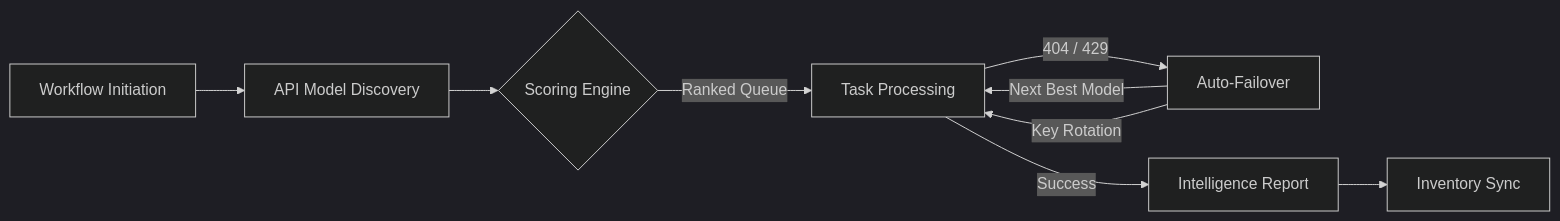
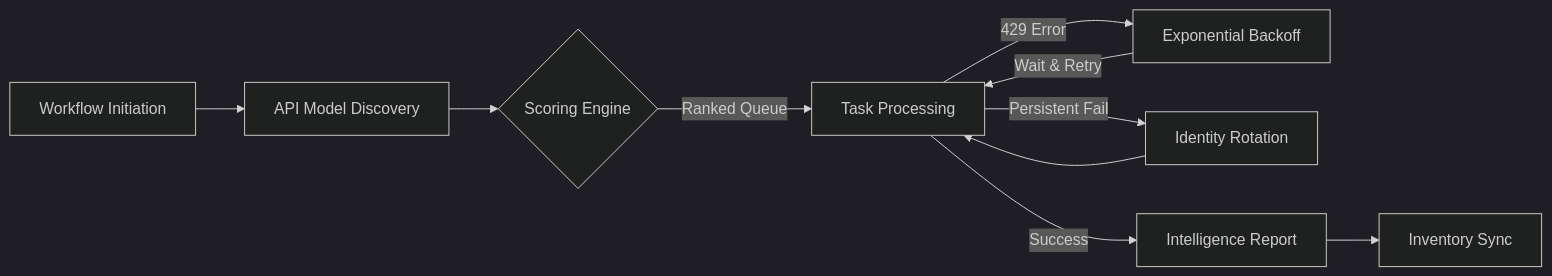
One commit to nubenetes/awesome-kubernetes changed the fourth of 7 diagrams in README.md. Above: the diagram before and after it, drawn with Mermaid (dark theme). The commit also changed other lines of this file, not shown here.

Commit message:
docs: detail AI rate limiting, concurrency guards, and performance-first key infrastructure

````diff
--- a/README.md
+++ b/README.md
@@ -239,11 +241,12 @@
 ```mermaid
 graph LR
     A[Workflow Initiation] --> B[API Model Discovery]
     B --> C{Scoring Engine}
     C -->|Ranked Queue| D[Task Processing]
-    D -->|404 / 429| E[Auto-Failover]
-    E -->|Next Best Model| D
-    E -->|Key Rotation| D
-    D -->|Success| F[Intelligence Report]
-    F --> G[Inventory Sync]
+    D -->|429 Error| E[Exponential Backoff]
+    E -->|Wait & Retry| D
+    D -->|Persistent Fail| F[Identity Rotation]
+    F --> D
+    D -->|Success| G[Intelligence Report]
+    G --> H[Inventory Sync]
 ```
````
